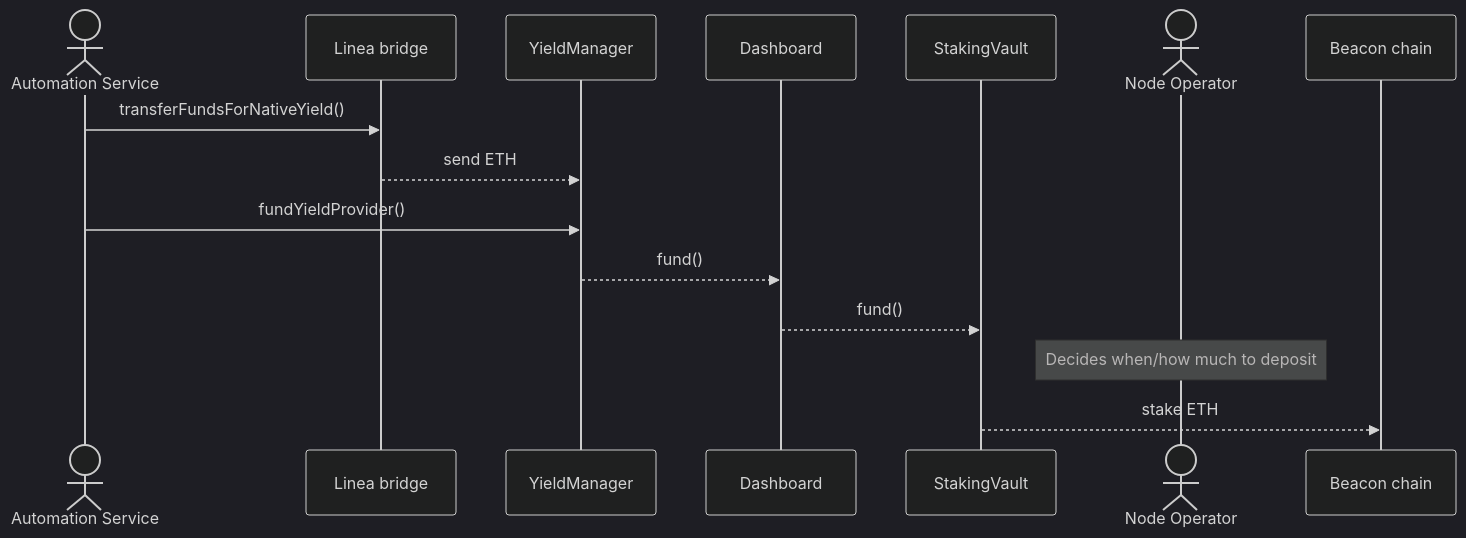
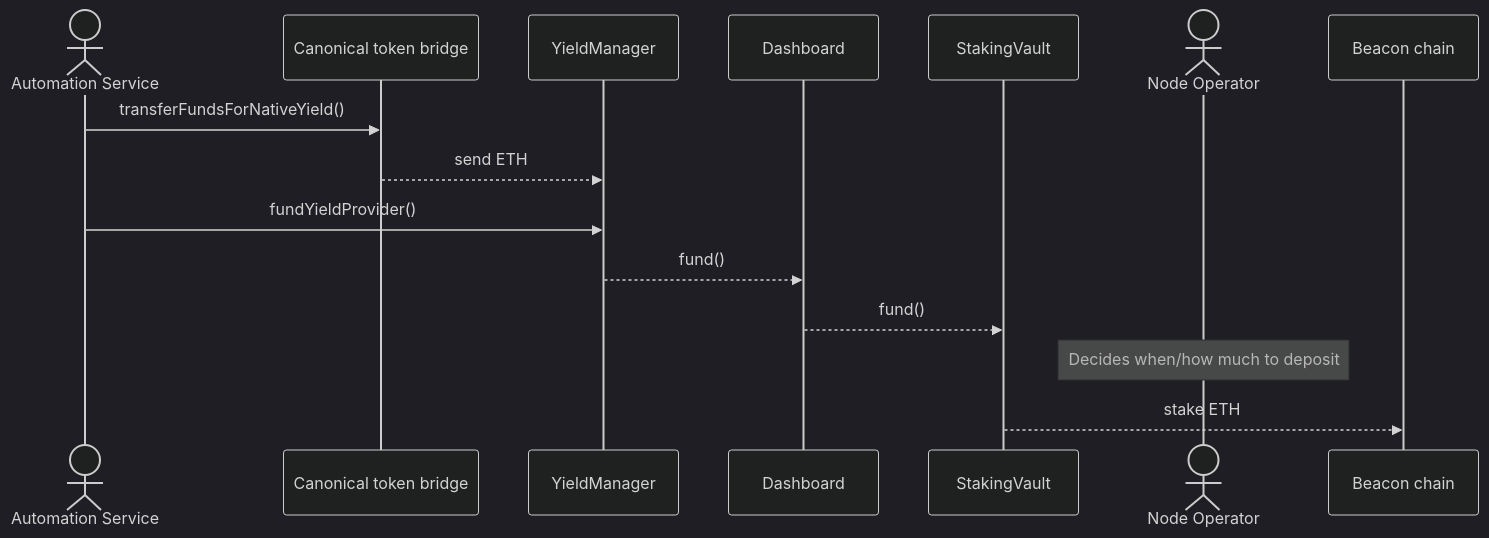
The third of 8 diagrams in docs/protocol/yield-boost-architecture.mdx (Consensys/doc.linea), drawn with Mermaid (dark theme) before and after one commit. The commit also changed other lines of this file and 1 other file, not shown here.

````diff
--- a/docs/protocol/yield-boost-architecture.mdx
+++ b/docs/protocol/yield-boost-architecture.mdx
@@ -159,18 +160,18 @@
 ```mermaid
 sequenceDiagram
     actor Auto as Automation Service
-    participant LR as Linea bridge
+    participant BR as Canonical token bridge
     participant YM as YieldManager
     participant DB as Dashboard
     participant SV as StakingVault
     actor NO as Node Operator
     participant BC as Beacon chain
 
-    Auto->>LR: transferFundsForNativeYield()
-    LR-->>YM: send ETH
+    Auto->>BR: transferFundsForNativeYield()
+    BR-->>YM: send ETH
     Auto->>YM: fundYieldProvider()
     YM-->>DB: fund()
     DB-->>SV: fund()
     Note over NO: Decides when/how much to deposit
     SV-->>BC: stake ETH
 ```
````
